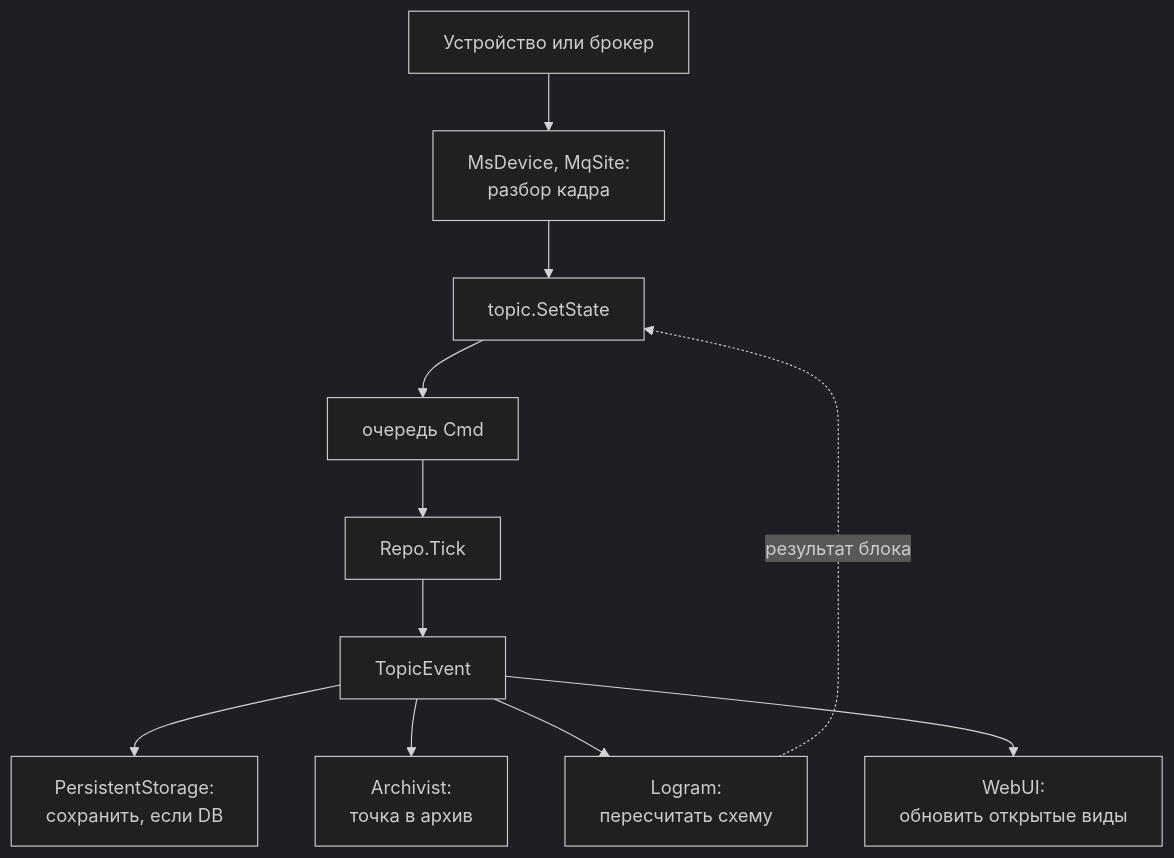
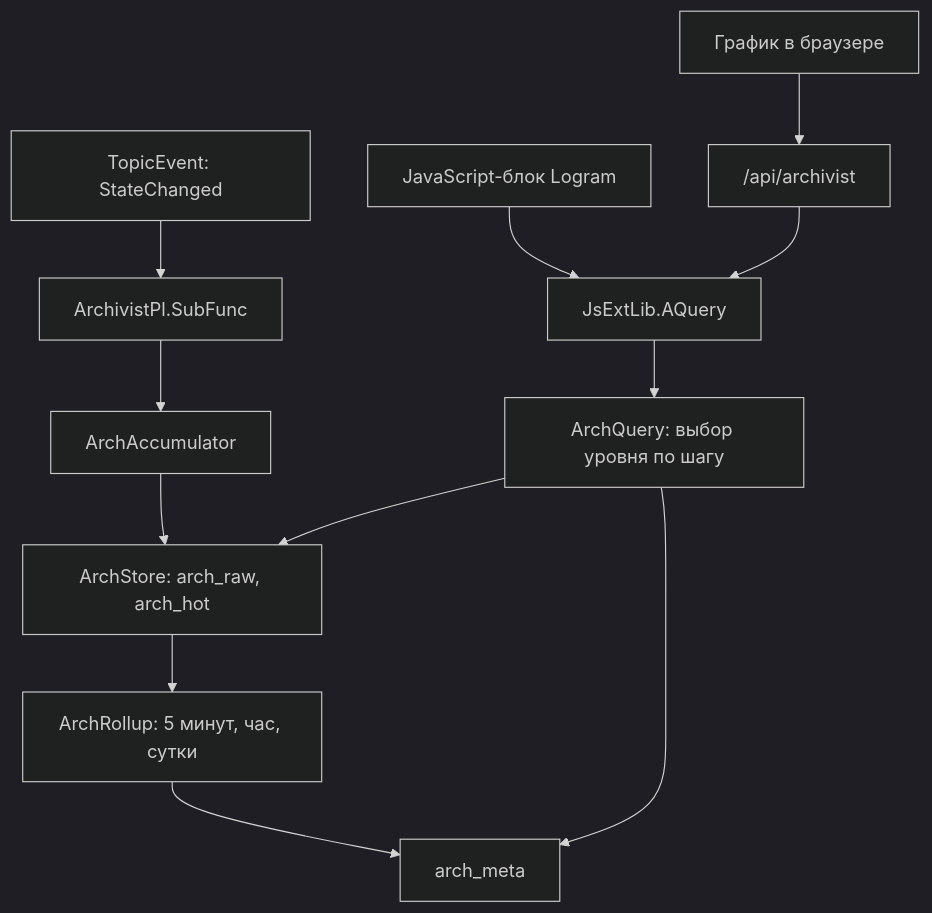
Before and after one commit to enviriot/EnviriotSW: the third of 5 diagrams in README.md, drawn with Mermaid (dark theme). The commit also changed other lines of this file and 5 other files, not shown here.

````diff
--- a/README.md
+++ b/README.md
@@ -150,13 +274,14 @@
 ```mermaid
 flowchart TB
-  dev["Устройство или брокер"] --> plug["MsDevice, MqSite:<br/>разбор кадра"]
-  plug --> set["topic.SetState"]
-  set --> q["очередь Cmd"]
-  q --> tick["Repo.Tick"]
-  tick --> ev["TopicEvent"]
-  ev --> db["PersistentStorage:<br/>сохранить, если DB"]
-  ev --> arch["Archivist:<br/>точка в архив"]
-  ev --> lg["Logram:<br/>пересчитать схему"]
-  ev --> web["WebUI:<br/>обновить открытые виды"]
-  lg -.->|"результат блока"| set
+  ev["TopicEvent: StateChanged"] --> sub["ArchivistPl.SubFunc"]
+  sub --> acc["ArchAccumulator"]
+  acc --> store["ArchStore: arch_raw, arch_hot"]
+  store --> roll["ArchRollup: 5 минут, час, сутки"]
+  roll --> meta["arch_meta"]
+  chart["График в браузере"] --> api["/api/archivist"]
+  js["JavaScript-блок Logram"] --> aq["JsExtLib.AQuery"]
+  api --> aq
+  aq --> query["ArchQuery: выбор уровня по шагу"]
+  query --> store
+  query --> meta
 ```
````
